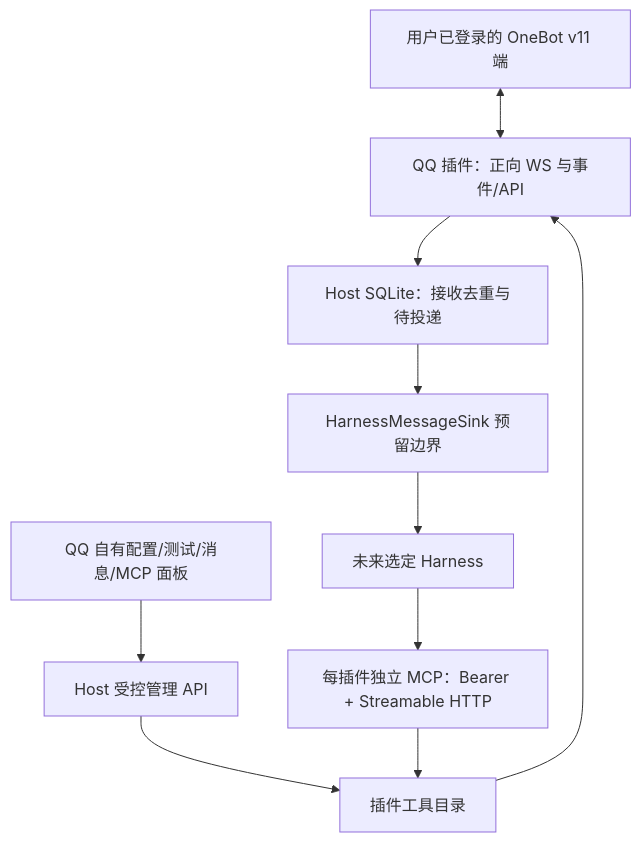
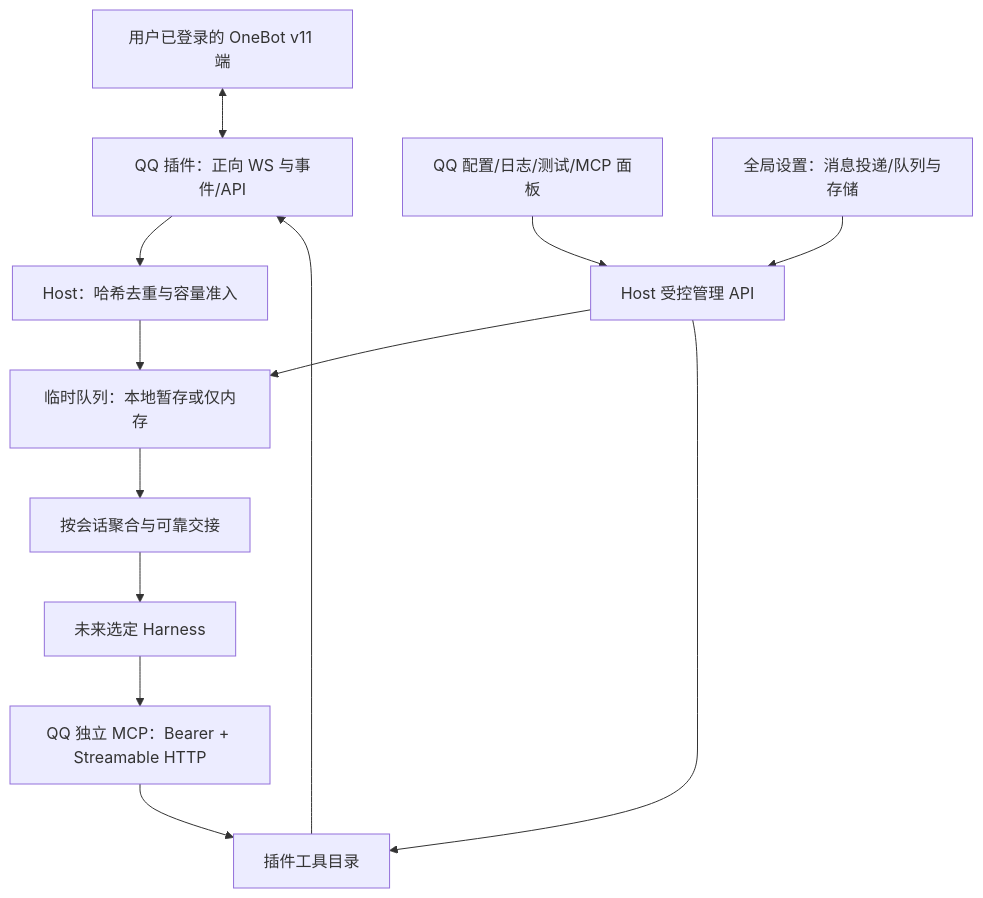
One commit to rvaim/eating changed the diagram in docs/architecture/QQ与平台能力.md. Above: the diagram before and after it, drawn with Mermaid. The commit also changed other lines of this file and 52 other files, not shown here.

````diff
--- a/docs/architecture/QQ与平台能力.md
+++ b/docs/architecture/QQ与平台能力.md
@@ -7,12 +7,15 @@
 ```mermaid
 flowchart TB
     OB[用户已登录的 OneBot v11 端] <--> QQ[QQ 插件：正向 WS 与事件/API]
-    QQ --> Inbox[Host SQLite：接收去重与待投递]
-    Inbox --> HG[HarnessMessageSink 预留边界]
+    QQ --> Admit[Host：哈希去重与容量准入]
+    Admit --> Queue[临时队列：本地暂存或仅内存]
+    Queue --> HG[按会话聚合与可靠交接]
     HG --> H[未来选定 Harness]
-    H --> MCP[每插件独立 MCP：Bearer + Streamable HTTP]
-    UI[QQ 自有配置/测试/消息/MCP 面板] --> API[Host 受控管理 API]
+    H --> MCP[QQ 独立 MCP：Bearer + Streamable HTTP]
+    UI[QQ 配置/日志/测试/MCP 面板] --> API[Host 受控管理 API]
+    Settings[全局设置：消息投递/队列与存储] --> API
+    API --> Queue
     API --> Tools[插件工具目录]
     MCP --> Tools
     Tools --> QQ
 ```
````
